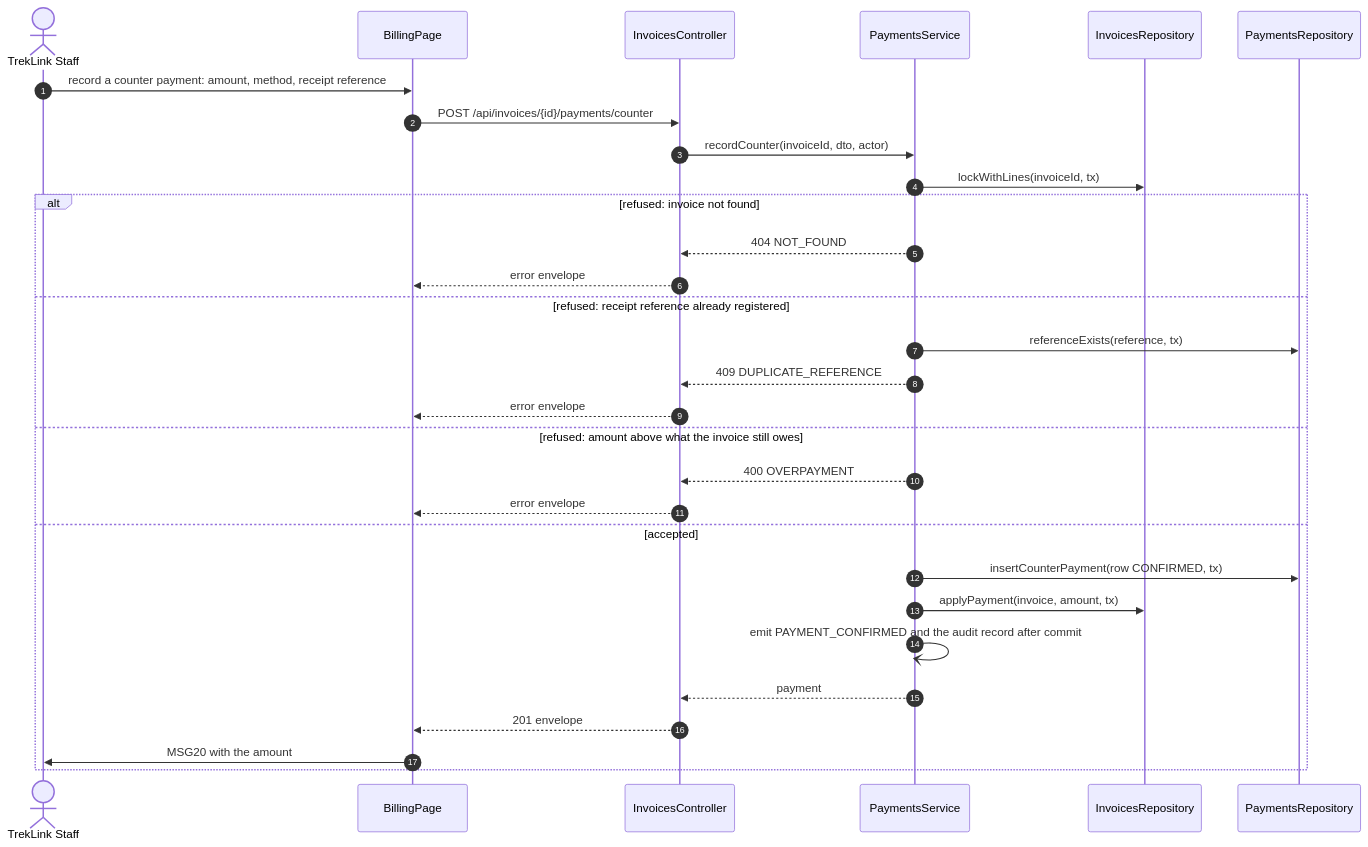
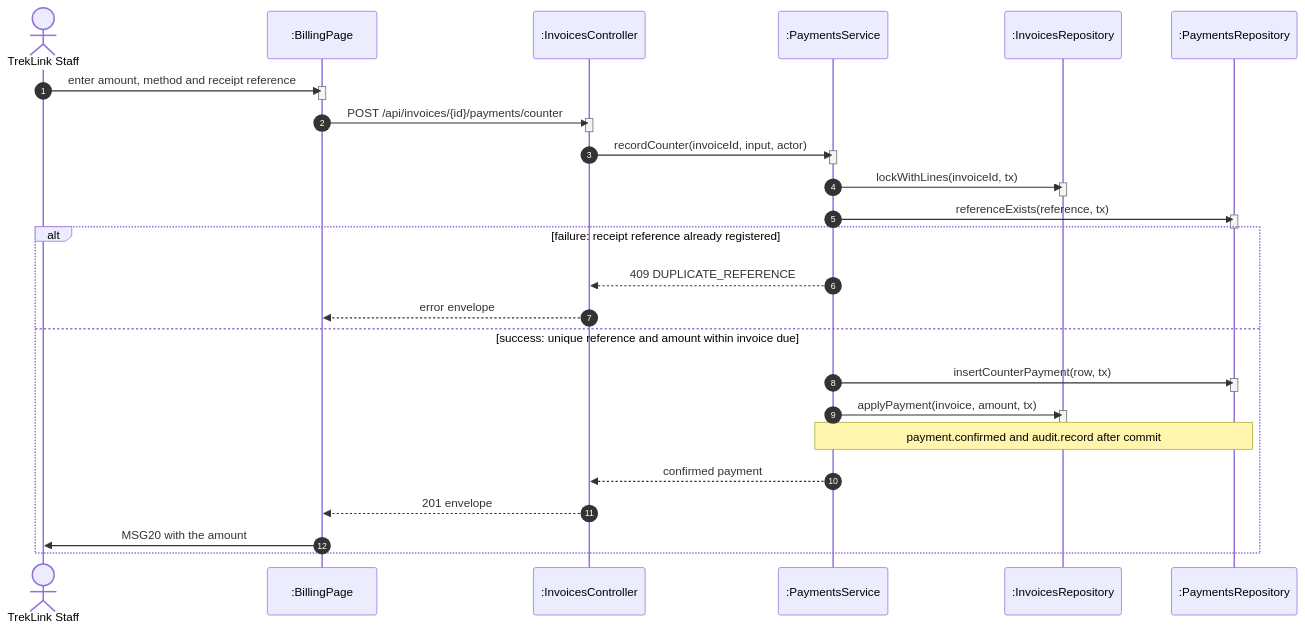
One commit to TrekLink-Team/treklink-web changed diagram 13 of 17 in specs/billing/design.md. Above: the diagram before and after it, drawn with Mermaid. The commit also changed other lines of this file and 2 other files, not shown here.

First line of the commit message:
docs: one alt per sequence, code-true guards and per-use-case class panels (review of #113)

````diff
--- a/specs/billing/design.md
+++ b/specs/billing/design.md
@@ -367,32 +542,40 @@
 ```mermaid
 sequenceDiagram
     autonumber
     actor St as TrekLink Staff
-    participant P as BillingPage
-    participant C as InvoicesController
-    participant S as PaymentsService
-    participant I as InvoicesRepository
-    participant R as PaymentsRepository
-    St->>P: record a counter payment: amount, method, receipt reference
+    participant P as :BillingPage
+    participant C as :InvoicesController
+    participant S as :PaymentsService
+    participant I as :InvoicesRepository
+    participant R as :PaymentsRepository
+    St->>P: enter amount, method and receipt reference
+    activate P
+    deactivate P
     P->>C: POST /api/invoices/{id}/payments/counter
-    C->>S: recordCounter(invoiceId, dto, actor)
+    activate C
+    deactivate C
+    C->>S: recordCounter(invoiceId, input, actor)
+    activate S
+    deactivate S
     S->>I: lockWithLines(invoiceId, tx)
-    alt refused: invoice not found
-        S-->>C: 404 NOT_FOUND
-        C-->>P: error envelope
-    else refused: receipt reference already registered
-        S->>R: referenceExists(reference, tx)
+    activate I
+    deactivate I
+    S->>R: referenceExists(reference, tx)
+    activate R
+    deactivate R
+    alt failure: receipt reference already registered
         S-->>C: 409 DUPLICATE_REFERENCE
         C-->>P: error envelope
-    else refused: amount above what the invoice still owes
-        S-->>C: 400 OVERPAYMENT
-        C-->>P: error envelope
-    else accepted
-        S->>R: insertCounterPayment(row CONFIRMED, tx)
+    else success: unique reference and amount within invoice due
+        S->>R: insertCounterPayment(row, tx)
+        activate R
+        deactivate R
         S->>I: applyPayment(invoice, amount, tx)
-        S-)S: emit PAYMENT_CONFIRMED and the audit record after commit
-        S-->>C: payment
+        activate I
+        deactivate I
+        Note over S,R: payment.confirmed and audit.record after commit
+        S-->>C: confirmed payment
         C-->>P: 201 envelope
         P->>St: MSG20 with the amount
     end
 ```
````
